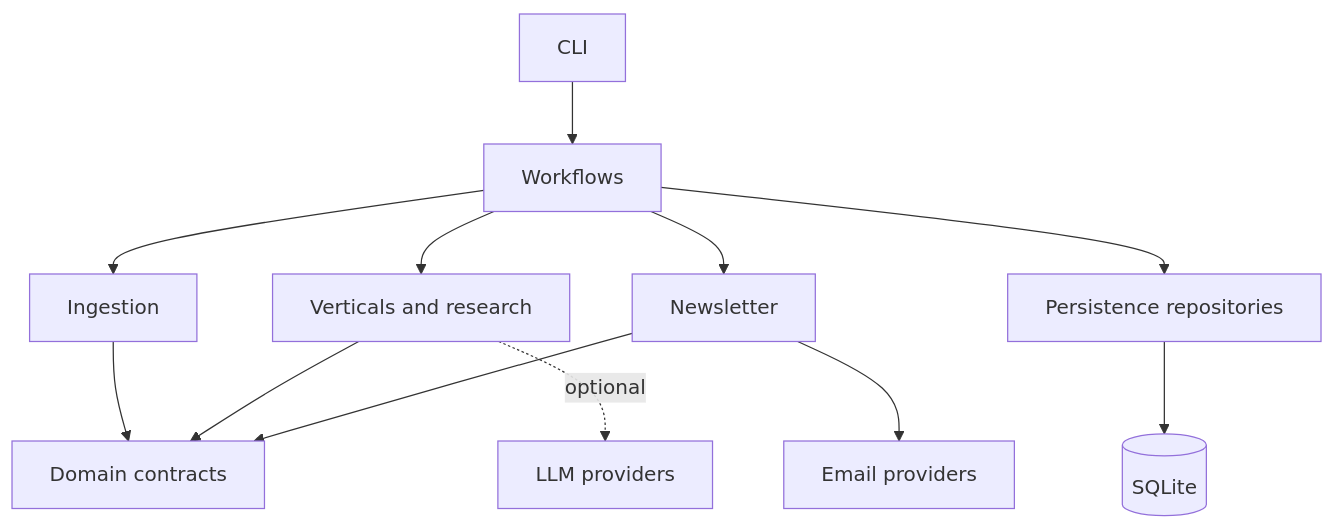
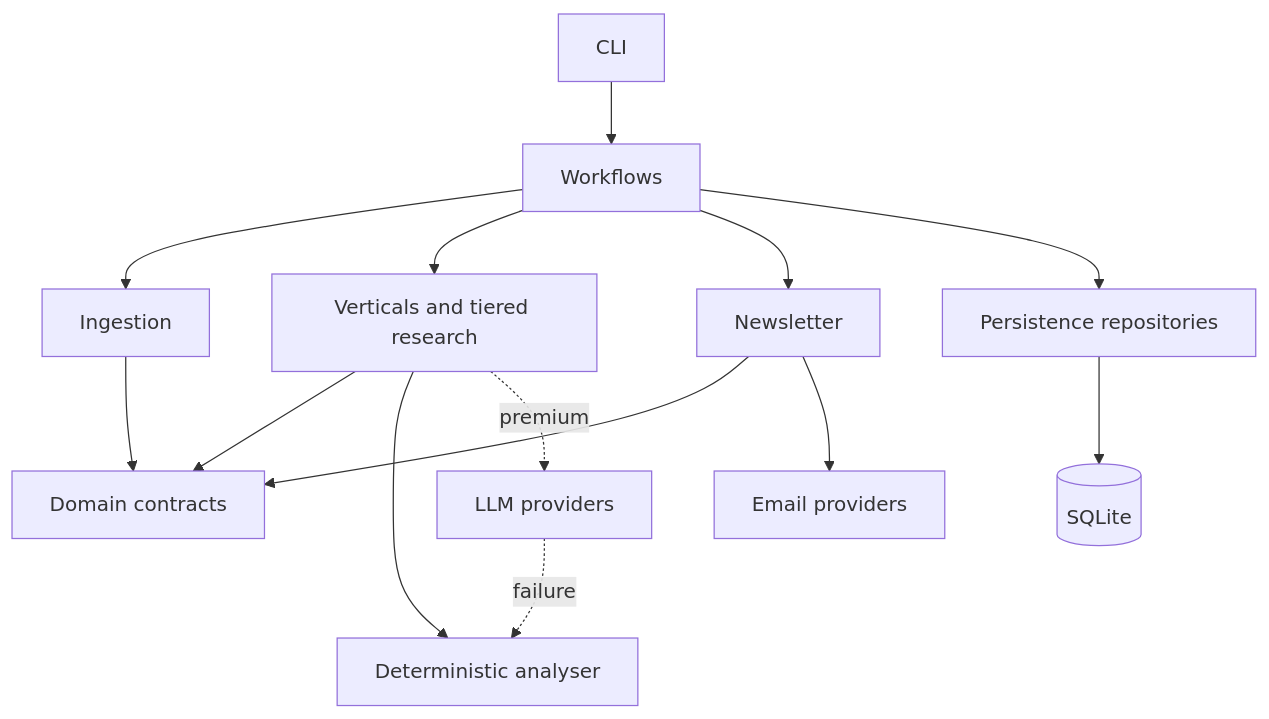
The first of 5 diagrams in ARCHITECTURE.md (Vortenix/vortenix-newsletter), drawn with Mermaid before and after one commit. The commit also changed other lines of this file and 13 other files, not shown here.

Commit message:
docs: align architecture with current workflows

````diff
--- a/ARCHITECTURE.md
+++ b/ARCHITECTURE.md
@@ -7,14 +7,16 @@
 ```mermaid
 flowchart TB
   CLI[CLI] --> WF[Workflows]
   WF --> ING[Ingestion]
-  WF --> V[Verticals and research]
+  WF --> V[Verticals and tiered research]
   WF --> N[Newsletter]
   ING --> D[Domain contracts]
   V --> D
   N --> D
   WF --> P[Persistence repositories]
   N --> PR[Email providers]
-  V -. optional .-> LLM[LLM providers]
+  V --> DET[Deterministic analyser]
+  V -. premium .-> LLM[LLM providers]
+  LLM -. failure .-> DET
   P --> DB[(SQLite)]
 ```
````
